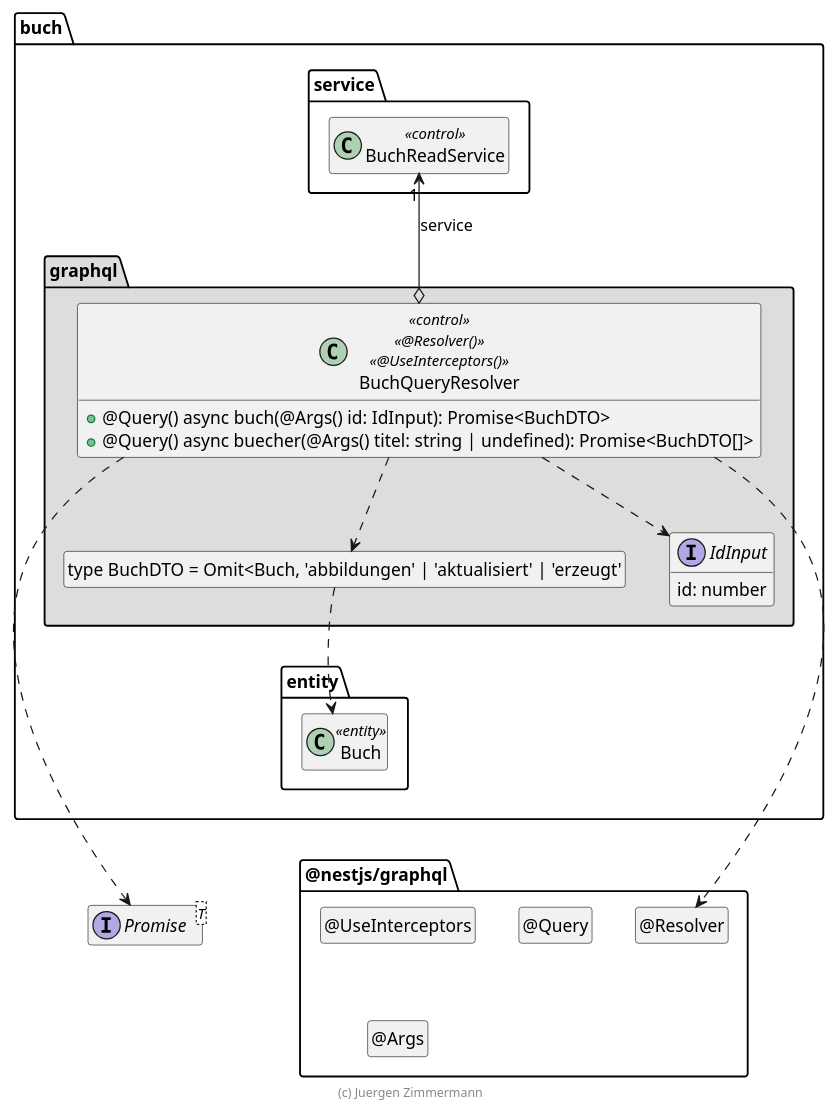
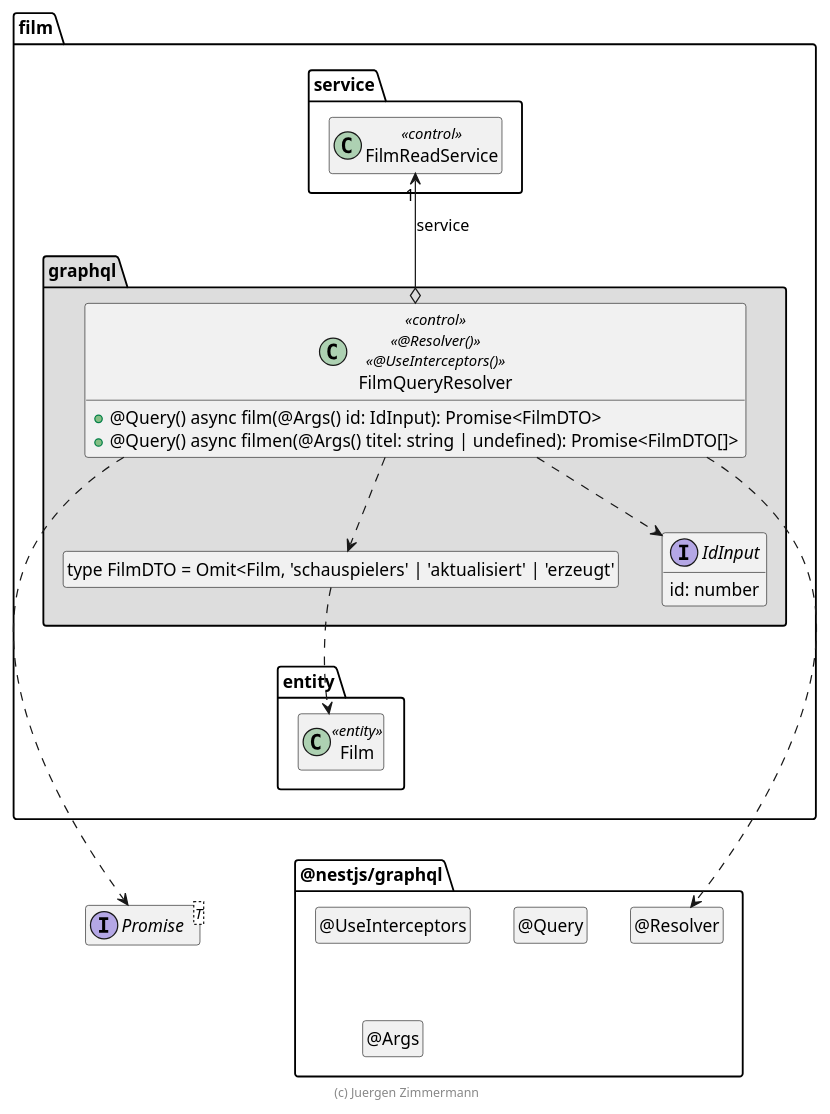
One commit to ngca1011/buch changed the diagram in .extras/doc/projekthandbuch/FilmQueryResolver.plantuml. Above: the diagram before and after it, drawn with PlantUML. The commit also changed 11 other files, not shown here.

Commit message:
UmlDiagramm

```diff
--- a/.extras/doc/projekthandbuch/FilmQueryResolver.plantuml
+++ b/.extras/doc/projekthandbuch/FilmQueryResolver.plantuml
@@ -18,63 +18,63 @@
 @startuml Controller-Klasse
 
 interface Promise<T>
 
 package @nestjs/graphql {
   class "@Resolver" as Resolver
   hide Resolver circle
 
   class "@UseInterceptors" as UseInterceptors
   hide UseInterceptors circle
 
   class "@Query" as Query
   hide Query circle
 
   class "@Args" as Args
   hide Args circle
 
   Resolver .left[hidden].> Promise
 }
 
-package buch {
+package film {
   package entity {
-    class Buch <<entity>>
+    class Film <<entity>>
   }
 
   package service {
-    class BuchReadService << control >>
+    class FilmReadService << control >>
   }
 
   package graphql #DDDDDD {
-    class "type BuchDTO = Omit<Buch, 'abbildungen' | 'aktualisiert' | 'erzeugt'" as BuchDTO
-    hide BuchDTO circle
+    class "type FilmDTO = Omit<Film, 'schauspielers' | 'aktualisiert' | 'erzeugt'" as FilmDTO
+    hide FilmDTO circle
 
     interface IdInput {
         id: number
     }
 
-    class BuchQueryResolver << control >> << @Resolver() >> << @UseInterceptors() >> {
-      + @Query() async buch(@Args() id: IdInput): Promise<BuchDTO>
-      + @Query() async buecher(@Args() titel: string | undefined): Promise<BuchDTO[]>
+    class FilmQueryResolver << control >> << @Resolver() >> << @UseInterceptors() >> {
+      + @Query() async film(@Args() id: IdInput): Promise<FilmDTO>
+      + @Query() async filmen(@Args() titel: string | undefined): Promise<FilmDTO[]>
     }
 
-    BuchQueryResolver o-up-> "1" BuchReadService : service
-    BuchQueryResolver ..> BuchDTO
-    BuchQueryResolver ..> IdInput
-    BuchDTO ..> Buch
-    BuchQueryResolver ..> Resolver
+    FilmQueryResolver o-up-> "1" FilmReadService : service
+    FilmQueryResolver ..> FilmDTO
+    FilmQueryResolver ..> IdInput
+    FilmDTO ..> Film
+    FilmQueryResolver ..> Resolver
 
-    BuchQueryResolver ..> Promise
+    FilmQueryResolver ..> Promise
 
-    BuchDTO .[hidden].> Buch
-    Buch .[hidden].> Promise
-    BuchReadService .[hidden].> Promise
-    Buch .[hidden].> Resolver
-    BuchReadService .[hidden].> Resolver
+    FilmDTO .[hidden].> Film
+    Film .[hidden].> Promise
+    FilmReadService .[hidden].> Promise
+    Film .[hidden].> Resolver
+    FilmReadService .[hidden].> Resolver
   }
 }
 
 hide empty members
 
 footer (c) Juergen Zimmermann
 
 @enduml
```
